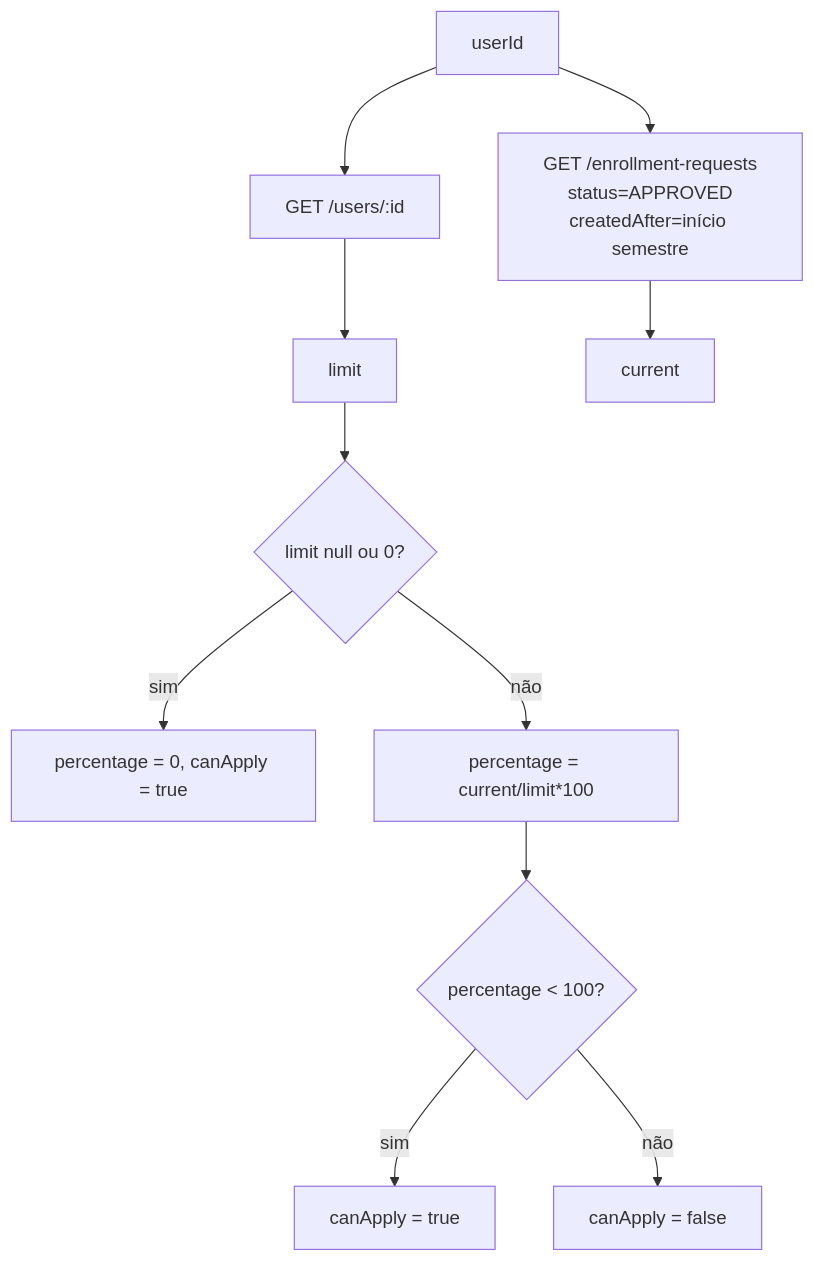
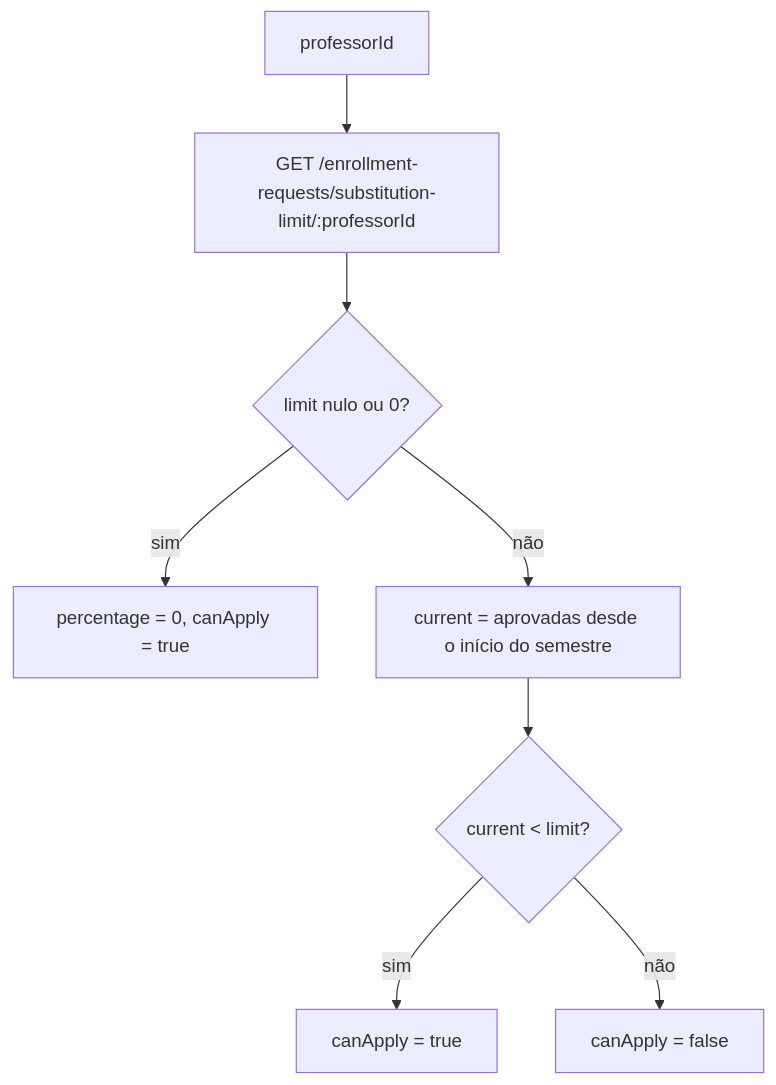
One commit to TROCA-AULA/troca-aula-front changed the diagram in docs/04-modulos/limite-substituicoes.md. Above: the diagram before and after it, drawn with Mermaid. The commit also changed other lines of this file and 175 other files, not shown here.

````diff
--- a/docs/04-modulos/limite-substituicoes.md
+++ b/docs/04-modulos/limite-substituicoes.md
@@ -48,13 +34,10 @@
 ```mermaid
 flowchart TB
-    A[userId] --> B[GET /users/:id]
-    A --> C[GET /enrollment-requests<br/>status=APPROVED<br/>createdAfter=início semestre]
-    B --> D[limit]
-    C --> E[current]
-    D --> F{limit null ou 0?}
-    F -->|sim| G[percentage = 0, canApply = true]
-    F -->|não| H[percentage = current/limit*100]
-    H --> I{percentage < 100?}
-    I -->|sim| J[canApply = true]
-    I -->|não| K[canApply = false]
+    A[professorId] --> B[GET /enrollment-requests/substitution-limit/:professorId]
+    B --> C{limit nulo ou 0?}
+    C -->|sim| D[percentage = 0, canApply = true]
+    C -->|não| E[current = aprovadas desde o início do semestre]
+    E --> F{current < limit?}
+    F -->|sim| G[canApply = true]
+    F -->|não| H[canApply = false]
 ```
````
